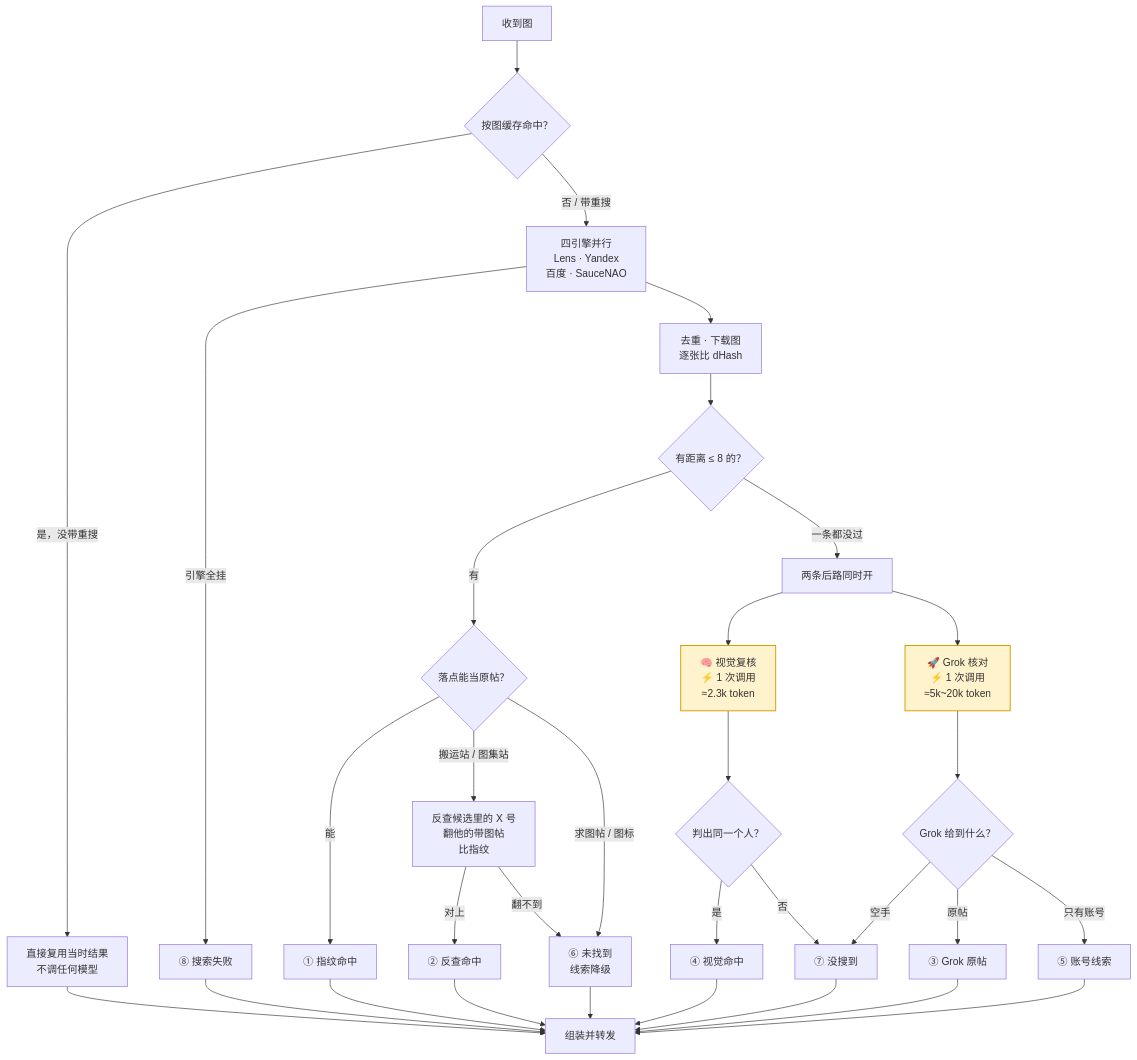
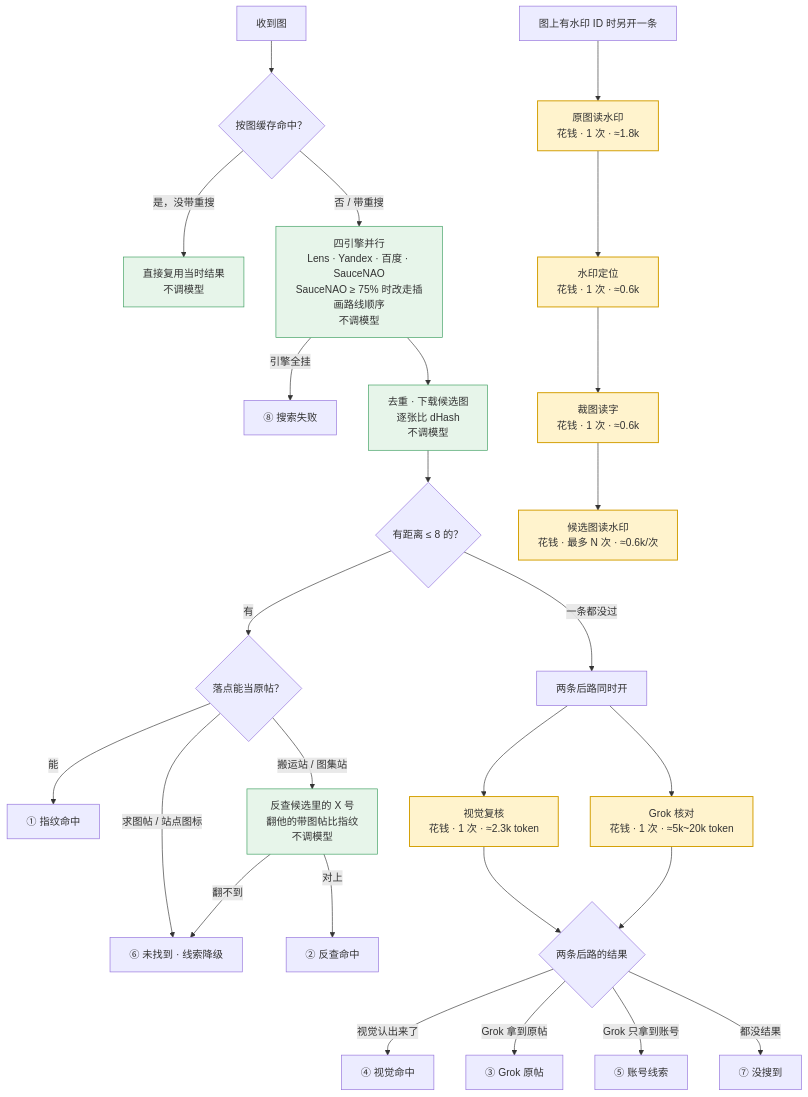
The second of 6 diagrams in README.md (fsqhn2/com.fsqhn.image-searcher), drawn with Mermaid before and after one commit. The commit also changed other lines of this file and 12 other files, not shown here.

````diff
--- a/README.md
+++ b/README.md
@@ -201,36 +151,32 @@
 ```mermaid
 flowchart TD
     A["收到图"] --> B{"按图缓存命中？"}
-    B -->|"是，没带重搜"| B1["直接复用当时结果<br/>不调任何模型"]
-    B -->|"否 / 带重搜"| C["四引擎并行<br/>Lens · Yandex<br/>百度 · SauceNAO"]
+    B -->|"是，没带重搜"| B1["直接复用当时结果<br/>不调模型"]
+    B -->|"否 / 带重搜"| C["四引擎并行<br/>Lens · Yandex · 百度 · SauceNAO<br/>SauceNAO ≥ 75% 时改走插画路线顺序<br/>不调模型"]
     C -->|"引擎全挂"| F["⑧ 搜索失败"]
-    C --> D["去重 · 下载图<br/>逐张比 dHash"]
+    C --> D["去重 · 下载候选图<br/>逐张比 dHash<br/>不调模型"]
     D --> E{"有距离 ≤ 8 的？"}
     E -->|"有"| G{"落点能当原帖？"}
     G -->|"能"| R1["① 指纹命中"]
-    G -->|"搬运站 / 图集站"| H["反查候选里的 X 号<br/>翻他的带图帖<br/>比指纹"]
-    G -->|"求图帖 / 图标"| R6["⑥ 未找到<br/>线索降级"]
+    G -->|"搬运站 / 图集站"| H["反查候选里的 X 号<br/>翻他的带图帖比指纹<br/>不调模型"]
+    G -->|"求图帖 / 站点图标"| R6["⑥ 未找到 · 线索降级"]
     H -->|"对上"| R2["② 反查命中"]
     H -->|"翻不到"| R6
     E -->|"一条都没过"| I["两条后路同时开"]
-    I --> J["🧠 视觉复核<br/>⚡ 1 次调用<br/>≈2.3k token"]
-    I --> K["🚀 Grok 核对<br/>⚡ 1 次调用<br/>≈5k~20k token"]
-    J --> L{"判出同一个人？"}
-    K --> M{"Grok 给到什么？"}
-    L -->|"是"| R4["④ 视觉命中"]
-    L -->|"否"| R7["⑦ 没搜到"]
-    M -->|"空手"| R7
-    M -->|"原帖"| R3["③ Grok 原帖"]
-    M -->|"只有账号"| R5["⑤ 账号线索"]
-    B1 --> Z["组装并转发"]
-    R1 --> Z
-    R2 --> Z
-    R3 --> Z
-    R4 --> Z
-    R5 --> Z
-    R6 --> Z
-    R7 --> Z
-    F --> Z
+    I --> J["视觉复核<br/>花钱 · 1 次 · ≈2.3k token"]
+    I --> K["Grok 核对<br/>花钱 · 1 次 · ≈5k~20k token"]
+    J --> N{"两条后路的结果"}
+    K --> N
+    N -->|"视觉认出来了"| R4["④ 视觉命中"]
+    N -->|"Grok 拿到原帖"| R3["③ Grok 原帖"]
+    N -->|"Grok 只拿到账号"| R5["⑤ 账号线索"]
+    N -->|"都没结果"| R7["⑦ 没搜到"]
+    W["图上有水印 ID 时另开一条"] --> W1["原图读水印<br/>花钱 · 1 次 · ≈1.8k"]
+    W1 --> W2["水印定位<br/>花钱 · 1 次 · ≈0.6k"]
+    W2 --> W3["裁图读字<br/>花钱 · 1 次 · ≈0.6k"]
+    W3 --> W4["候选图读水印<br/>花钱 · 最多 N 次 · ≈0.6k/次"]
     classDef llm fill:#fff3cd,stroke:#d39e00,stroke-width:1.5px
-    class J,K llm
+    classDef free fill:#e7f5ea,stroke:#3a9d5d,stroke-width:1px
+    class J,K,W1,W2,W3,W4 llm
+    class B1,C,D,H free
 ```
````
